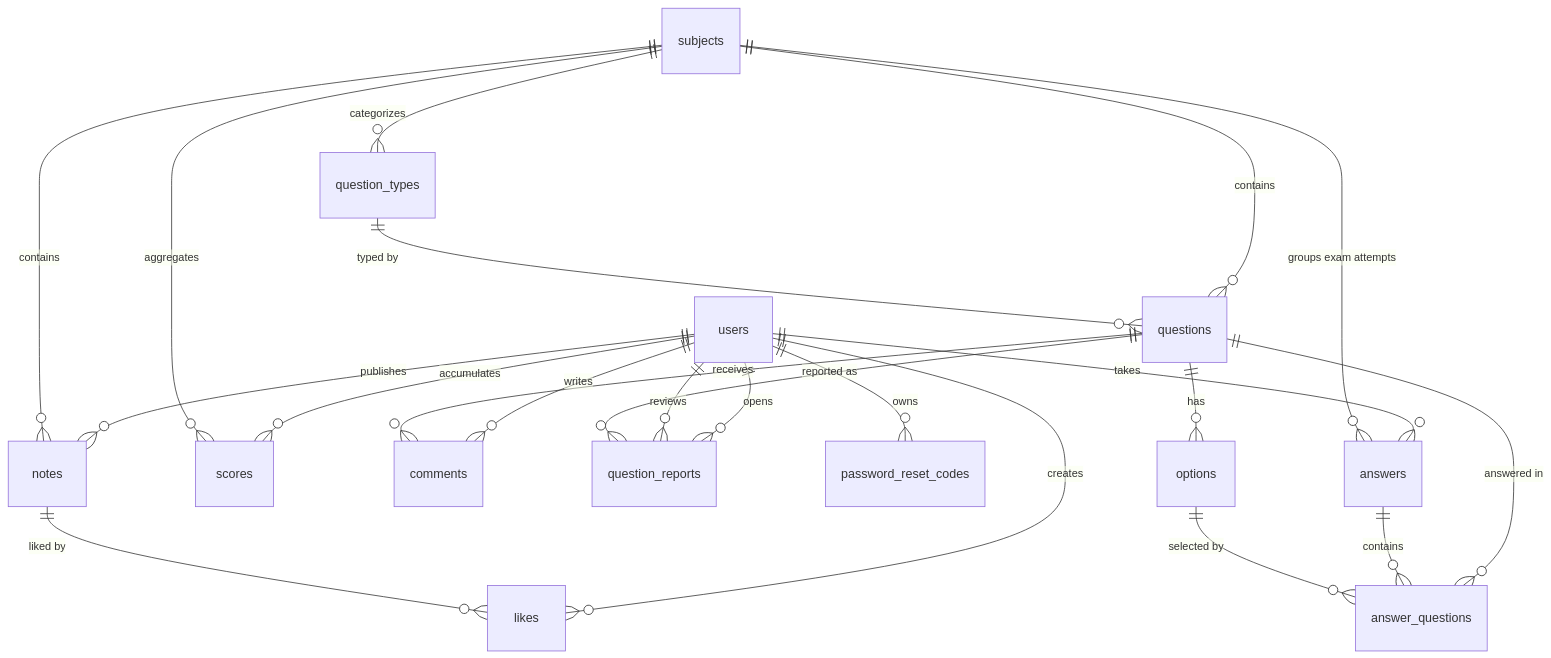
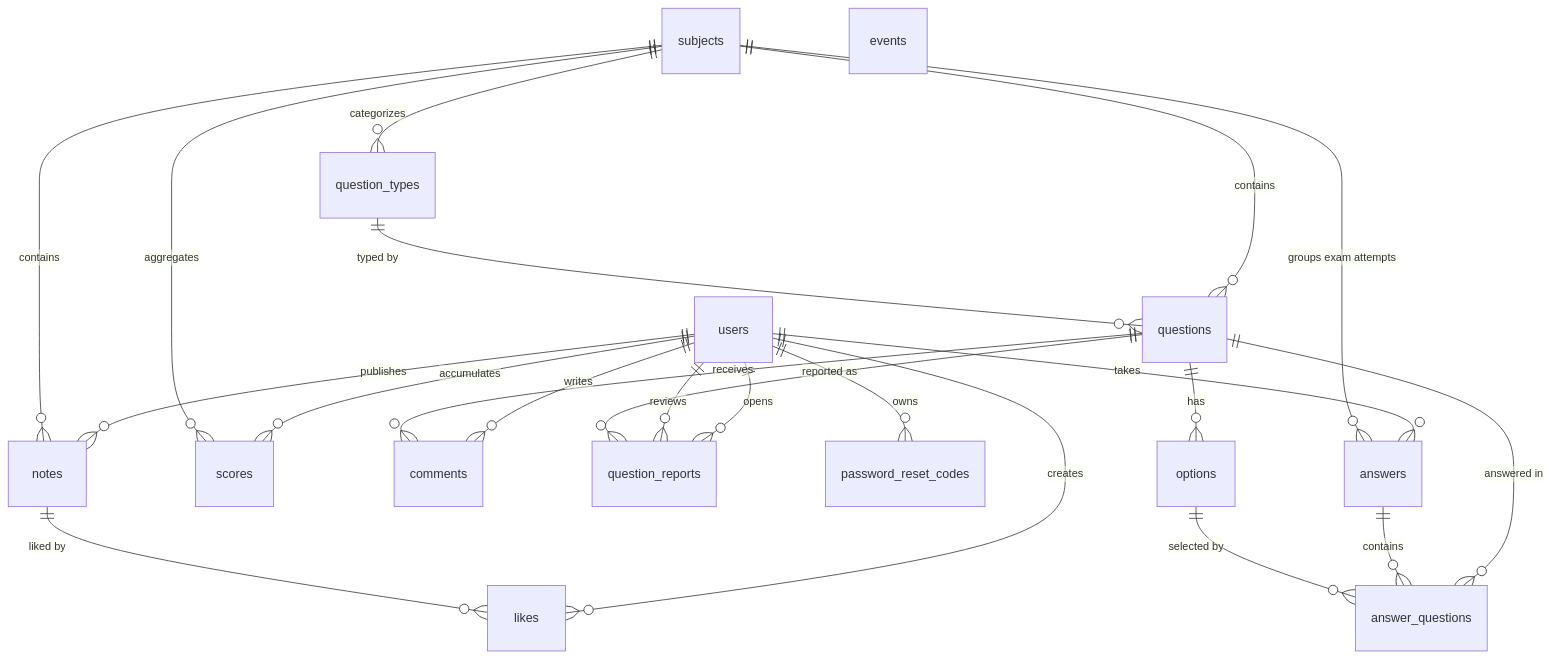
One commit to Nucleo-Estudantes-Informatica-ISEP/antirecurso-api-adonis changed the diagram in docs/DATABASE_SCHEMA.md. Above: the diagram before and after it, drawn with Mermaid. The commit also changed other lines of this file and 2 other files, not shown here.

First line of the commit message:
Add admin-managed events feature docs and schema

````diff
--- a/docs/DATABASE_SCHEMA.md
+++ b/docs/DATABASE_SCHEMA.md
@@ -18,28 +19,29 @@
 ```mermaid
 erDiagram
     users ||--o{ answers : "takes"
     users ||--o{ scores : "accumulates"
     users ||--o{ comments : "writes"
     users ||--o{ question_reports : "opens"
     users ||--o{ question_reports : "reviews"
     users ||--o{ password_reset_codes : "owns"
     users ||--o{ notes : "publishes"
     users ||--o{ likes : "creates"
 
     subjects ||--o{ question_types : "categorizes"
     subjects ||--o{ questions : "contains"
     subjects ||--o{ answers : "groups exam attempts"
     subjects ||--o{ scores : "aggregates"
     subjects ||--o{ notes : "contains"
 
     question_types ||--o{ questions : "typed by"
 
     questions ||--o{ options : "has"
     questions ||--o{ comments : "receives"
     questions ||--o{ question_reports : "reported as"
     questions ||--o{ answer_questions : "answered in"
 
     answers ||--o{ answer_questions : "contains"
     options ||--o{ answer_questions : "selected by"
     notes ||--o{ likes : "liked by"
+    events
 ```
````
